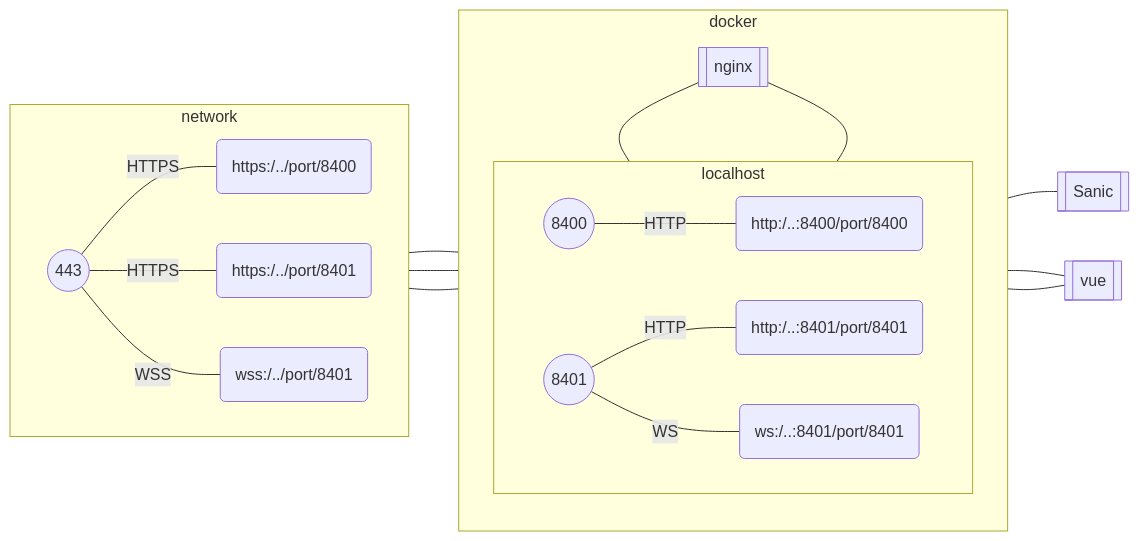
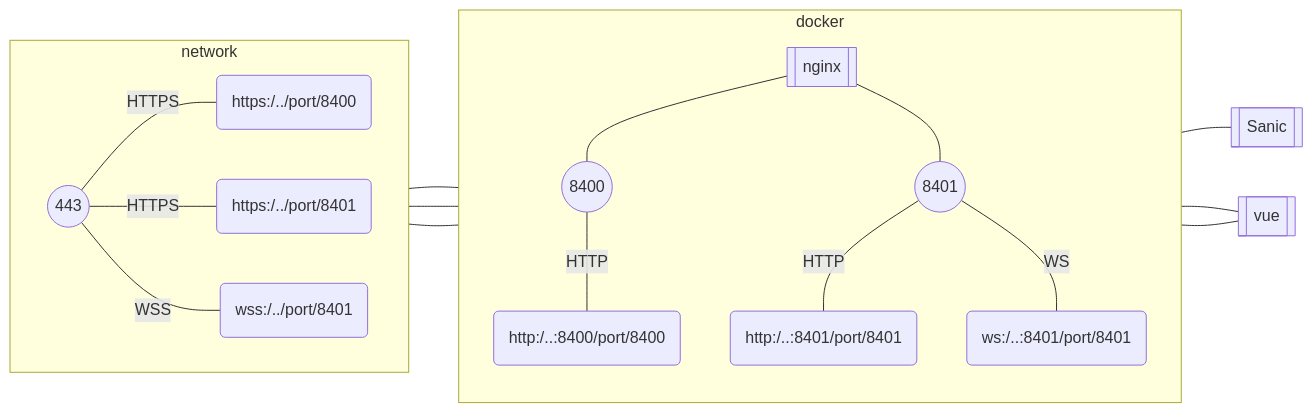
The third of 5 diagrams in natural4-server/natural4_server/nginx-proxy.md (smucclaw/gsheet), drawn with Mermaid before and after one commit.

Commit message:
Remove internal node

````diff
--- a/natural4-server/natural4_server/nginx-proxy.md
+++ b/natural4-server/natural4_server/nginx-proxy.md
@@ -64,31 +64,28 @@
 ```mermaid
 flowchart LR
     subgraph network
         direction LR
         network_tls((  ))-- HTTPS ---network_https_8400(https:/../port/8400)
         network_tls((  ))-- HTTPS ---network_https_8401(https:/../port/8401)
         network_tls(( 443 ))-- WSS ---network_wss_8401(wss:/../port/8401)
     end
 
     subgraph docker
         direction TD
         nginx[[nginx]]
         network_https_8400 --- nginx
         network_https_8401 --- nginx
         network_wss_8401 --- nginx
 
-        subgraph localhost
-            direction LR
-            loop_8400_port(( 8400 ))-- HTTP ---loop_http_8400(http:/..:8400/port/8400)
-            loop_8401_port(( 8401 ))-- HTTP ---loop_http_8401(http:/..:8401/port/8401)
-            loop_8401_port(( 8401 ))-- WS ---loop_ws_8401(ws:/..:8401/port/8401)
-        end
+        loop_8400_port(( 8400 ))-- HTTP ---loop_http_8400(http:/..:8400/port/8400)
+        loop_8401_port(( 8401 ))-- HTTP ---loop_http_8401(http:/..:8401/port/8401)
+        loop_8401_port(( 8401 ))-- WS ---loop_ws_8401(ws:/..:8401/port/8401)
     end
 
     loop_http_8400---sanic[[ Sanic ]]
     loop_http_8401---vue[[ vue ]]
     loop_ws_8401---vue
     nginx---loop_8400_port
     nginx---loop_8401_port
  
 ```
````
